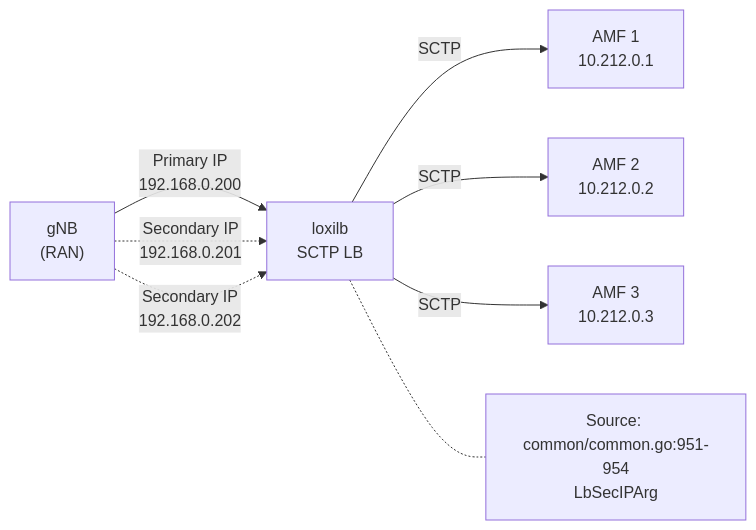
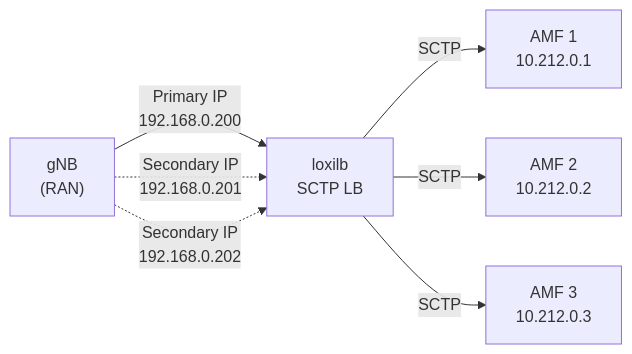
Before and after one commit to NLX-SeokHwanKong/loxilbdocs: the diagram in docs/network-gateway/sctp-multihoming.md, drawn with Mermaid. The commit also changed other lines of this file and 1 other file, not shown here.

````diff
--- a/docs/network-gateway/sctp-multihoming.md
+++ b/docs/network-gateway/sctp-multihoming.md
@@ -26,11 +22,9 @@
 ```mermaid
 flowchart LR
     A["gNB\n(RAN)"] -->|"Primary IP\n192.168.0.200"| B["loxilb\nSCTP LB"]
     A -.->|"Secondary IP\n192.168.0.201"| B
     A -.->|"Secondary IP\n192.168.0.202"| B
     B -->|"SCTP"| C["AMF 1\n10.212.0.1"]
     B -->|"SCTP"| D["AMF 2\n10.212.0.2"]
     B -->|"SCTP"| E["AMF 3\n10.212.0.3"]
-
-    B -.- B1["Source: common/common.go:951-954\nLbSecIPArg"]
 ```
````
